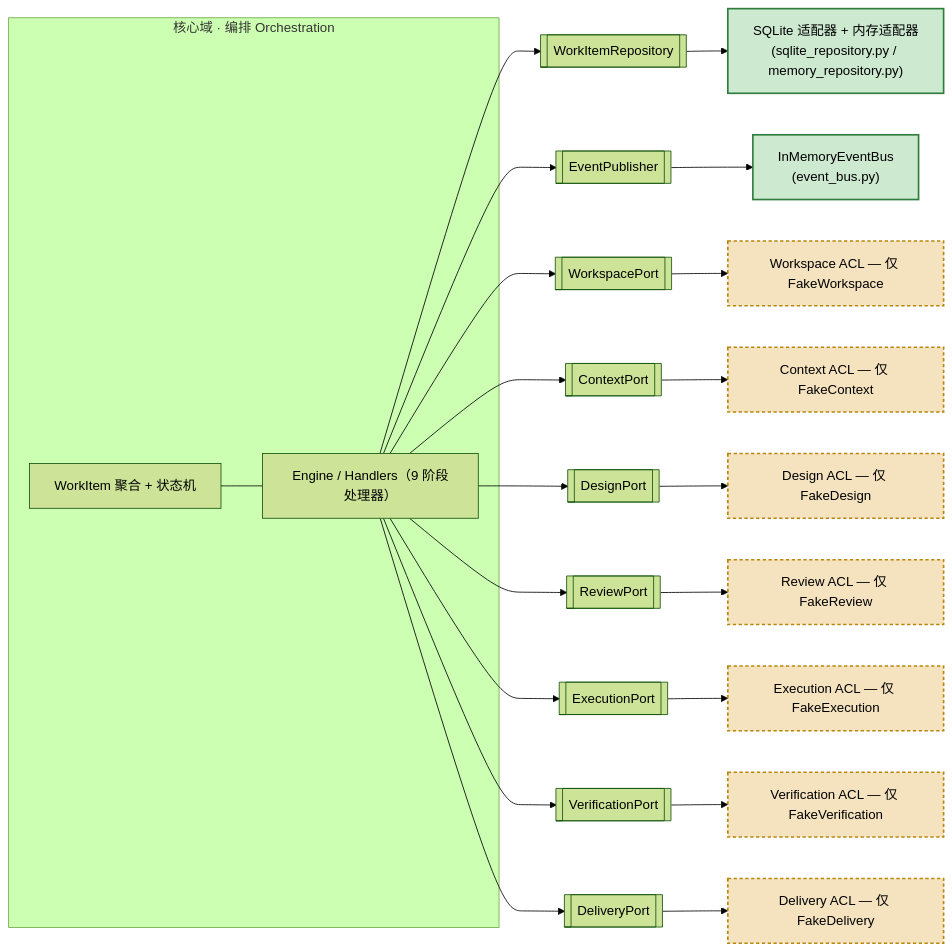
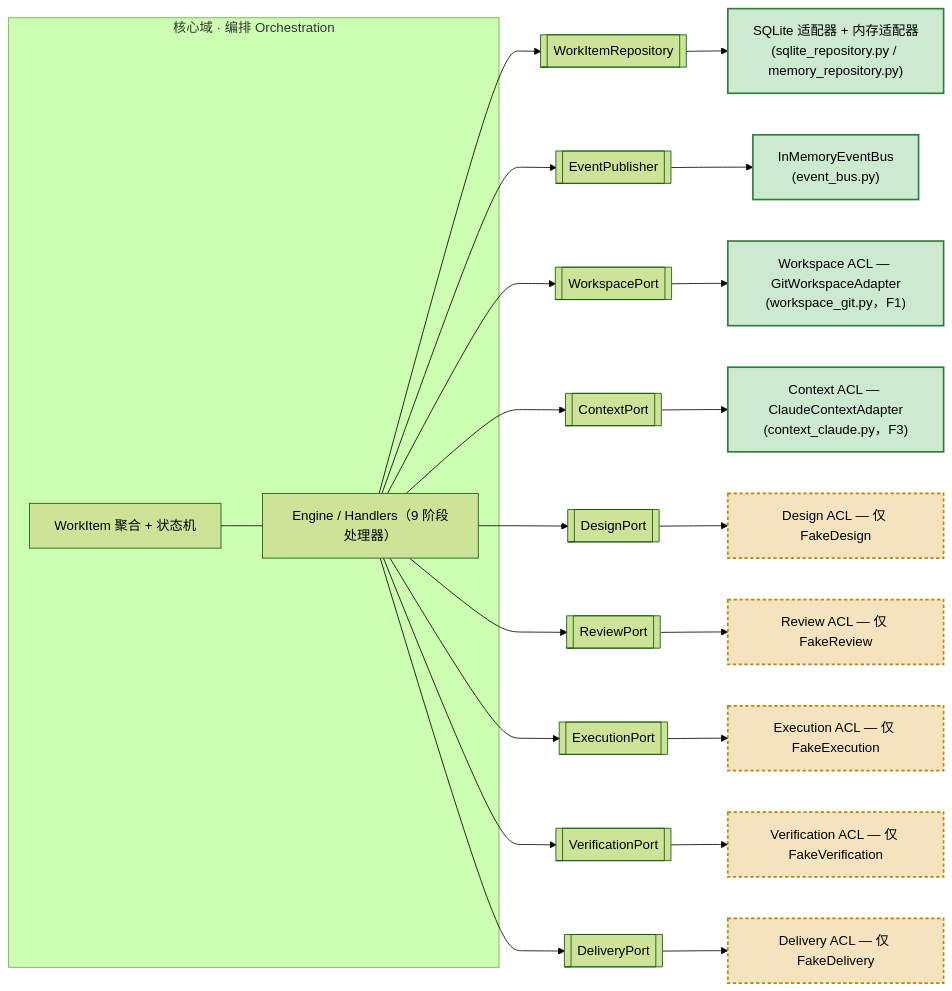
The first of 5 diagrams in docs/architecture/diagrams.md (wang14597/autodev), drawn with Mermaid (forest theme) before and after one commit. The commit also changed other lines of this file, not shown here.

Commit message:
docs(diagrams): 端口实现进度同步(F1/F3 已真实化, 4 实现/5 Fake)+ 控制台驱动适配器

````diff
--- a/docs/architecture/diagrams.md
+++ b/docs/architecture/diagrams.md
@@ -10,31 +10,31 @@
 ```mermaid
 flowchart LR
     subgraph CORE["核心域 · 编排 Orchestration"]
         WI["WorkItem 聚合 + 状态机"]
         ENGINE["Engine / Handlers（9 阶段处理器）"]
         WI --- ENGINE
     end
 
     ENGINE --> P1[["WorkItemRepository"]]
     ENGINE --> P2[["EventPublisher"]]
     ENGINE --> P3[["WorkspacePort"]]
     ENGINE --> P4[["ContextPort"]]
     ENGINE --> P5[["DesignPort"]]
     ENGINE --> P6[["ReviewPort"]]
     ENGINE --> P7[["ExecutionPort"]]
     ENGINE --> P8[["VerificationPort"]]
     ENGINE --> P9[["DeliveryPort"]]
 
     P1 --> A1["SQLite 适配器 + 内存适配器<br/>(sqlite_repository.py / memory_repository.py)"]:::impl
     P2 --> A2["InMemoryEventBus<br/>(event_bus.py)"]:::impl
-    P3 --> A3["Workspace ACL — 仅 FakeWorkspace"]:::fake
-    P4 --> A4["Context ACL — 仅 FakeContext"]:::fake
+    P3 --> A3["Workspace ACL — GitWorkspaceAdapter<br/>(workspace_git.py，F1)"]:::impl
+    P4 --> A4["Context ACL — ClaudeContextAdapter<br/>(context_claude.py，F3)"]:::impl
     P5 --> A5["Design ACL — 仅 FakeDesign"]:::fake
     P6 --> A6["Review ACL — 仅 FakeReview"]:::fake
     P7 --> A7["Execution ACL — 仅 FakeExecution"]:::fake
     P8 --> A8["Verification ACL — 仅 FakeVerification"]:::fake
     P9 --> A9["Delivery ACL — 仅 FakeDelivery"]:::fake
 
     classDef impl fill:#cde9d0,stroke:#2f7d3c,stroke-width:2px;
     classDef fake fill:#f5e3c0,stroke:#b8860b,stroke-width:2px,stroke-dasharray: 4 3;
 ```
````
